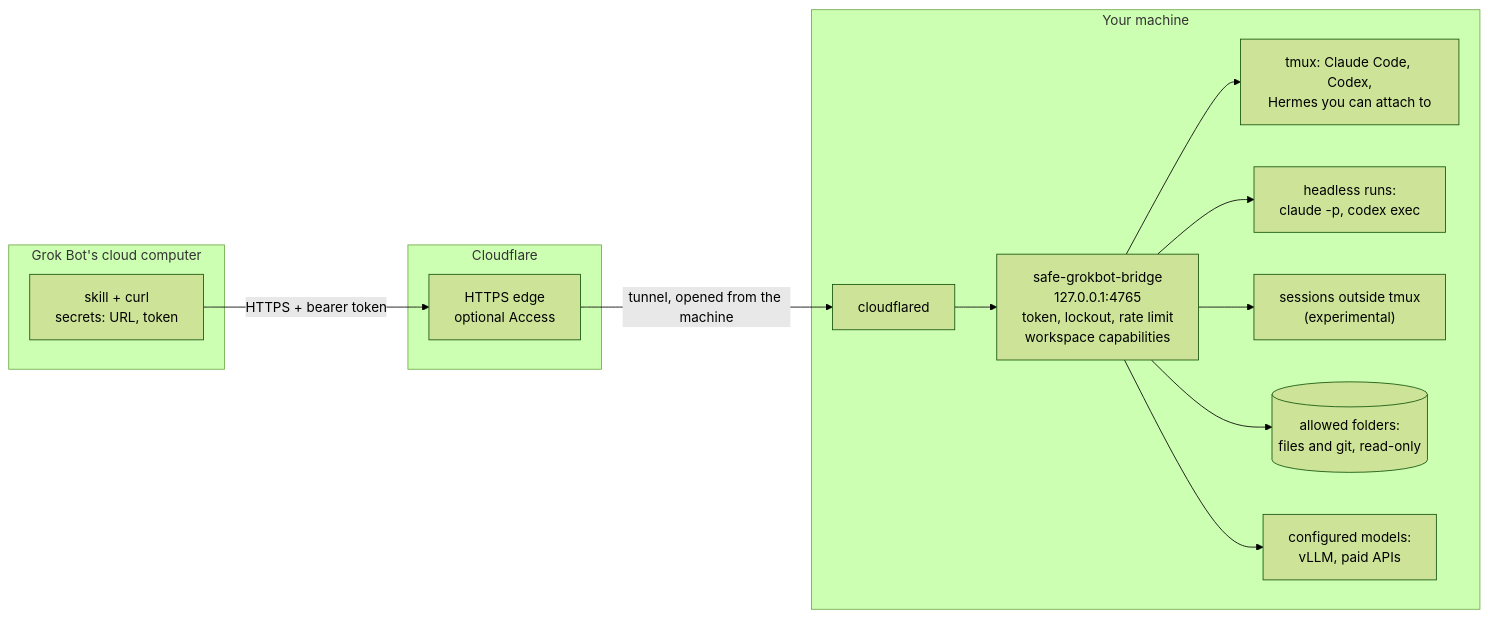
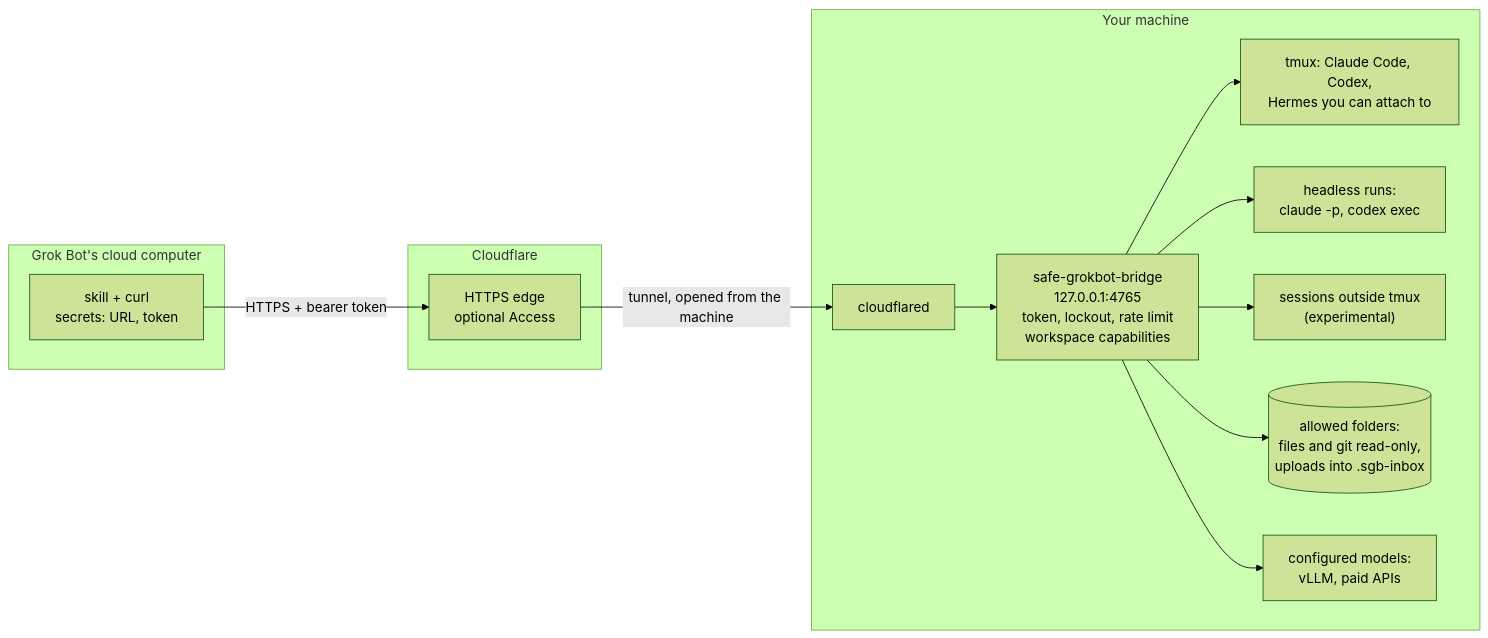
One commit to janreges/safe-grokbot-bridge changed the diagram in README.md. Above: the diagram before and after it, drawn with Mermaid (forest theme). The commit also changed other lines of this file and 8 other files, not shown here.

````diff
--- a/README.md
+++ b/README.md
@@ -32,26 +33,26 @@
 ```mermaid
 flowchart LR
     subgraph cloud["Grok Bot's cloud computer"]
         bot["skill + curl<br/>secrets: URL, token"]
     end
     subgraph cf["Cloudflare"]
         edge["HTTPS edge<br/>optional Access"]
     end
     subgraph machine["Your machine"]
         cfd["cloudflared"]
         bridge["safe-grokbot-bridge<br/>127.0.0.1:4765<br/>token, lockout, rate limit<br/>workspace capabilities"]
         tmux["tmux: Claude Code, Codex,<br/>Hermes you can attach to"]
         headless["headless runs:<br/>claude -p, codex exec"]
         external["sessions outside tmux<br/>(experimental)"]
-        files[("allowed folders:<br/>files and git, read-only")]
+        files[("allowed folders:<br/>files and git read-only,<br/>uploads into .sgb-inbox")]
         models["configured models:<br/>vLLM, paid APIs"]
     end
     bot -- "HTTPS + bearer token" --> edge
     edge -- "tunnel, opened from the machine" --> cfd
     cfd --> bridge
     bridge --> tmux
     bridge --> headless
     bridge --> external
     bridge --> files
     bridge --> models
 ```
````
